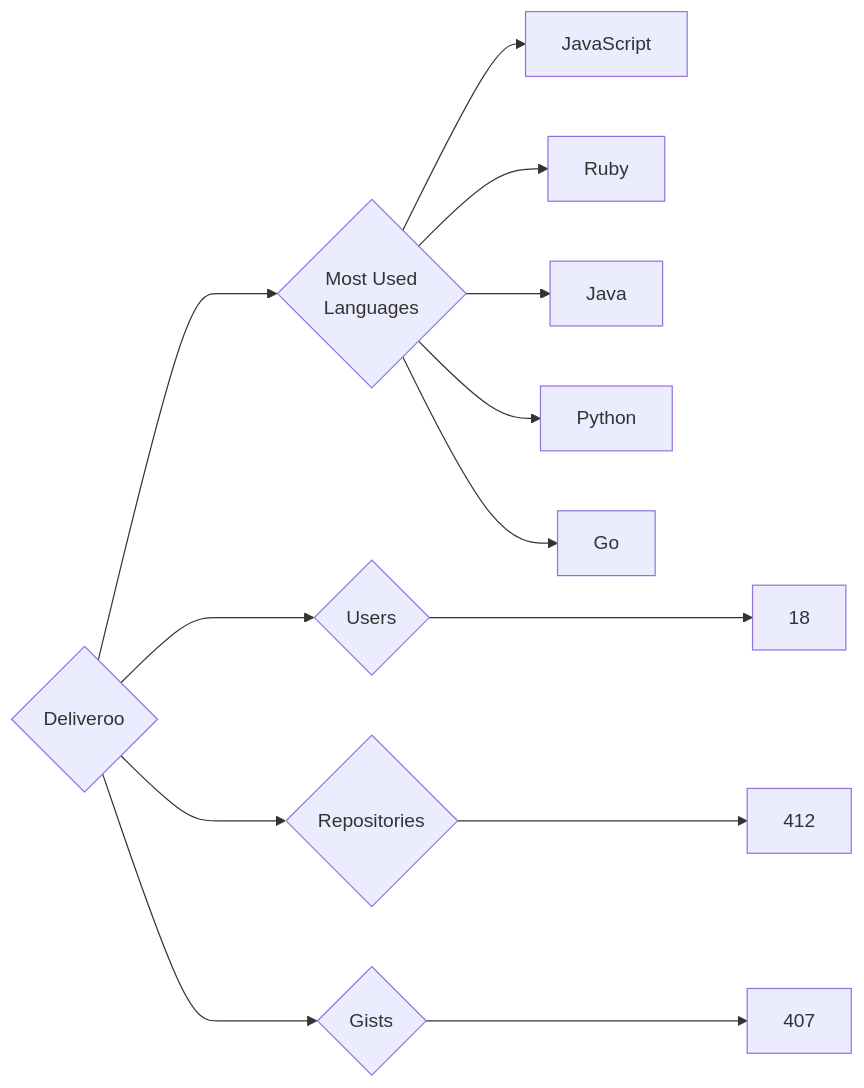
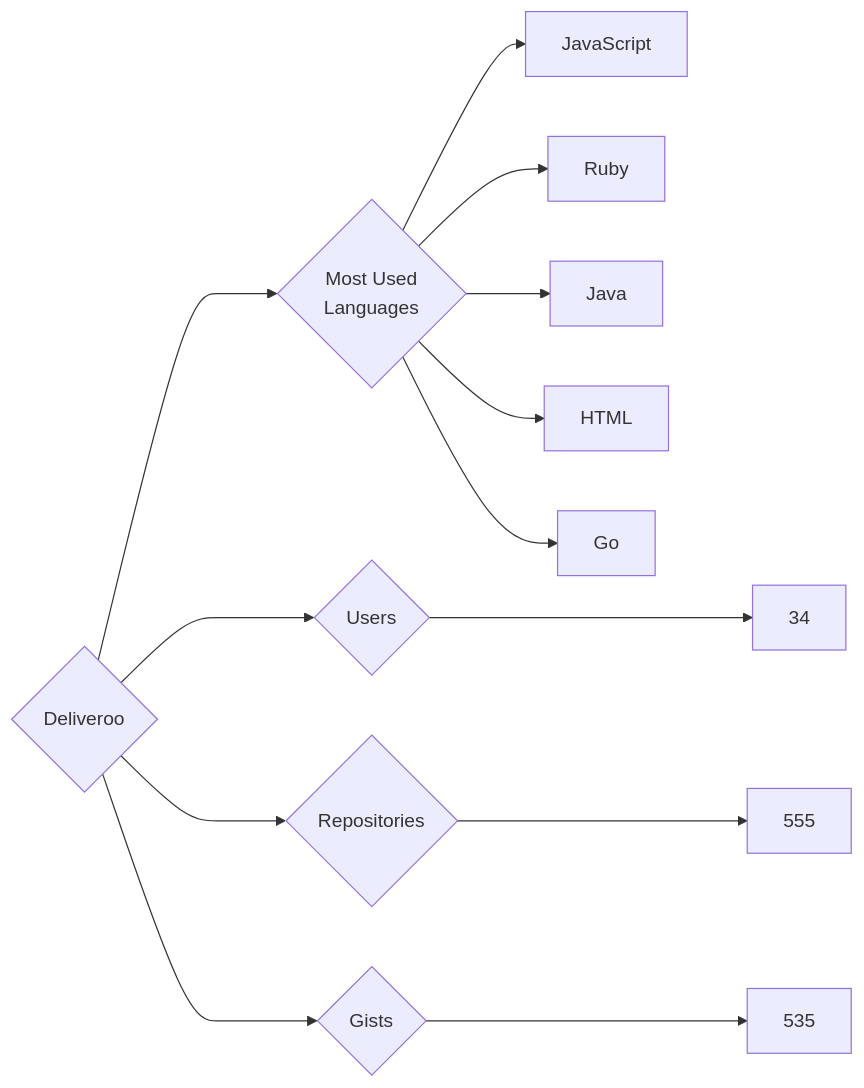
One commit to trickest/insiders changed the diagram in targets/Deliveroo/README.md. Above: the diagram before and after it, drawn with Mermaid. The commit also changed 924 other files, not shown here.

````diff
--- a/targets/Deliveroo/README.md
+++ b/targets/Deliveroo/README.md
@@ -3,13 +3,13 @@
 ```mermaid
 graph LR
 COMPANY_NAME{Deliveroo}
-COMPANY_NAME ---> U{Users} ---> UN[18]
-COMPANY_NAME ---> R{Repositories} ---> RN[412]
-COMPANY_NAME ---> G{Gists} ---> GN[407]
+COMPANY_NAME ---> U{Users} ---> UN[34]
+COMPANY_NAME ---> R{Repositories} ---> RN[555]
+COMPANY_NAME ---> G{Gists} ---> GN[535]
 COMPANY_NAME ---> ML{Most Used<br>Languages}
 ML --> JavaScript[JavaScript]
 ML --> Ruby[Ruby]
 ML --> Java[Java]
-ML --> Python[Python]
+ML --> HTML[HTML]
 ML --> Go[Go]
 ```
````
